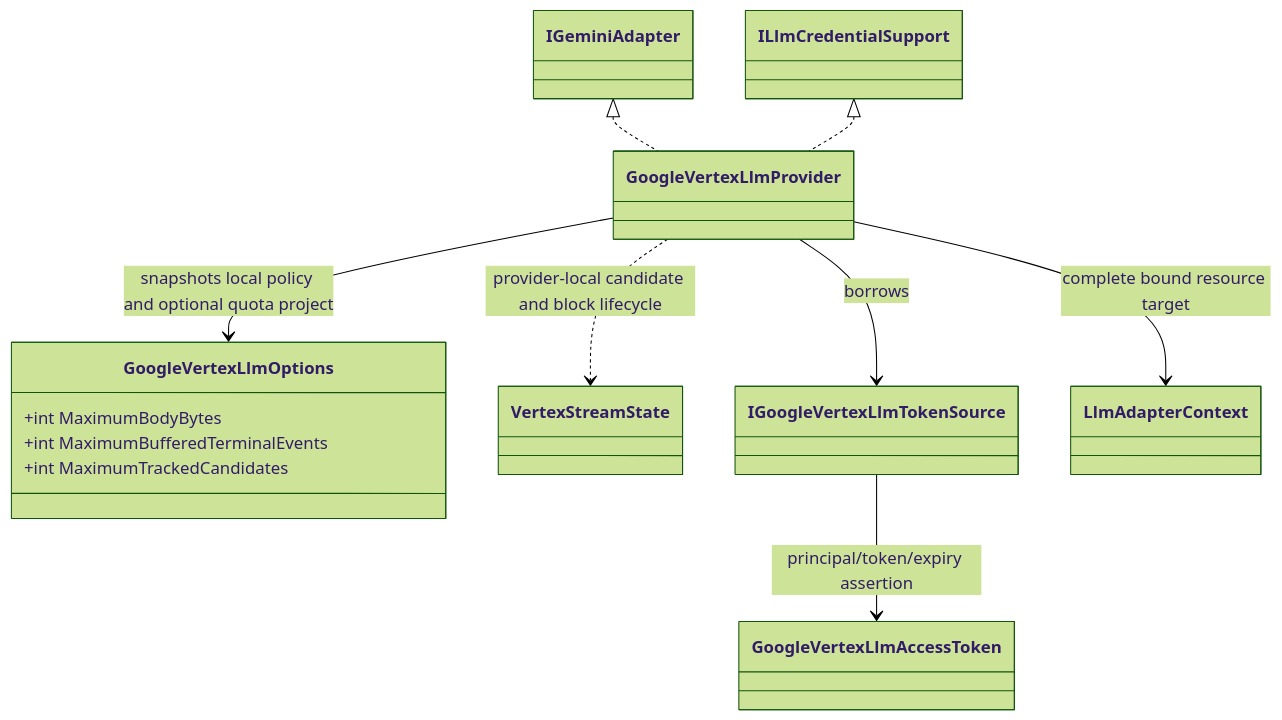
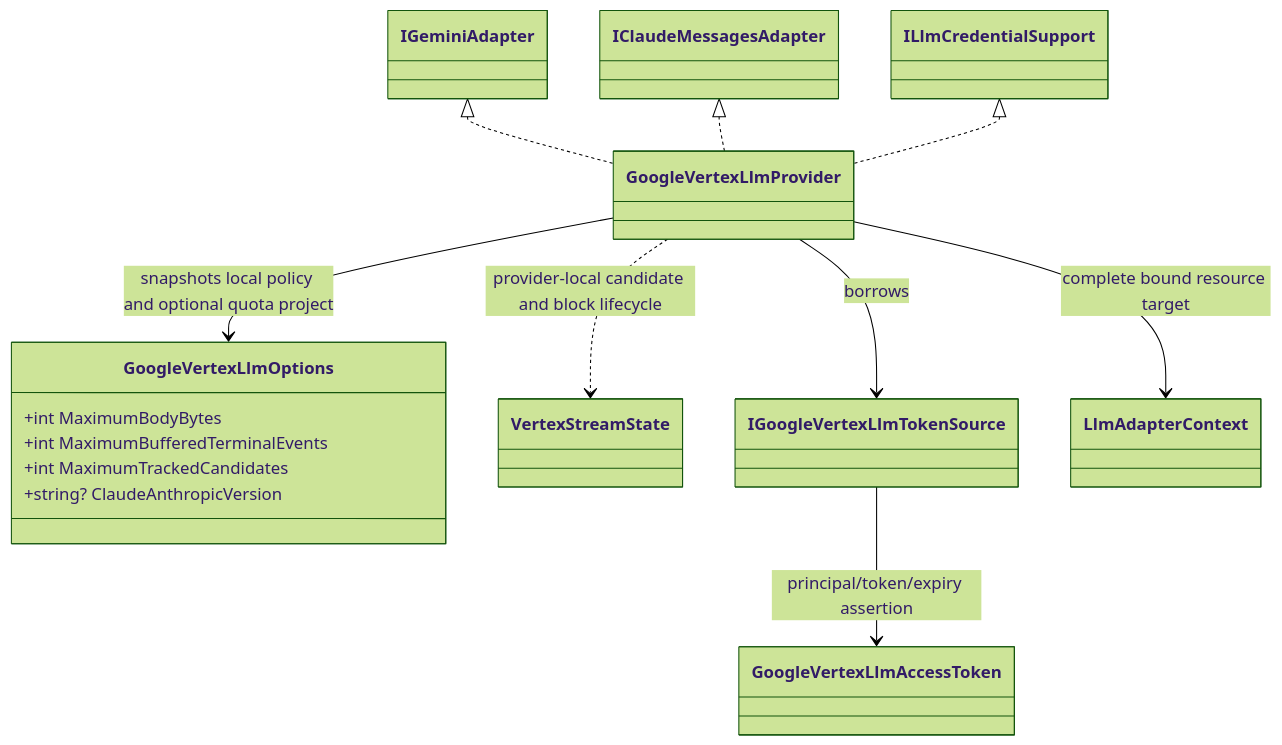
Before and after one commit to BenLampson/Asgard.Loki: the third of 36 diagrams in docs/architecture.md, drawn with Mermaid (forest theme). The commit also changed other lines of this file and 18 other files, not shown here.

Commit message:
feat(llm): add native Vertex Claude JSON without rebinding Gemini

````diff
--- a/docs/architecture.md
+++ b/docs/architecture.md
@@ -101,15 +101,17 @@
 ```mermaid
 classDiagram
 IGeminiAdapter <|.. GoogleVertexLlmProvider
+IClaudeMessagesAdapter <|.. GoogleVertexLlmProvider
 ILlmCredentialSupport <|.. GoogleVertexLlmProvider
 GoogleVertexLlmProvider --> GoogleVertexLlmOptions : snapshots local policy and optional quota project
 class GoogleVertexLlmOptions {
     +int MaximumBodyBytes
     +int MaximumBufferedTerminalEvents
     +int MaximumTrackedCandidates
+    +string? ClaudeAnthropicVersion
 }
 GoogleVertexLlmProvider ..> VertexStreamState : provider-local candidate and block lifecycle
 GoogleVertexLlmProvider --> IGoogleVertexLlmTokenSource : borrows
 IGoogleVertexLlmTokenSource --> GoogleVertexLlmAccessToken : principal/token/expiry assertion
 GoogleVertexLlmProvider --> LlmAdapterContext : complete bound resource target
 ```
````
